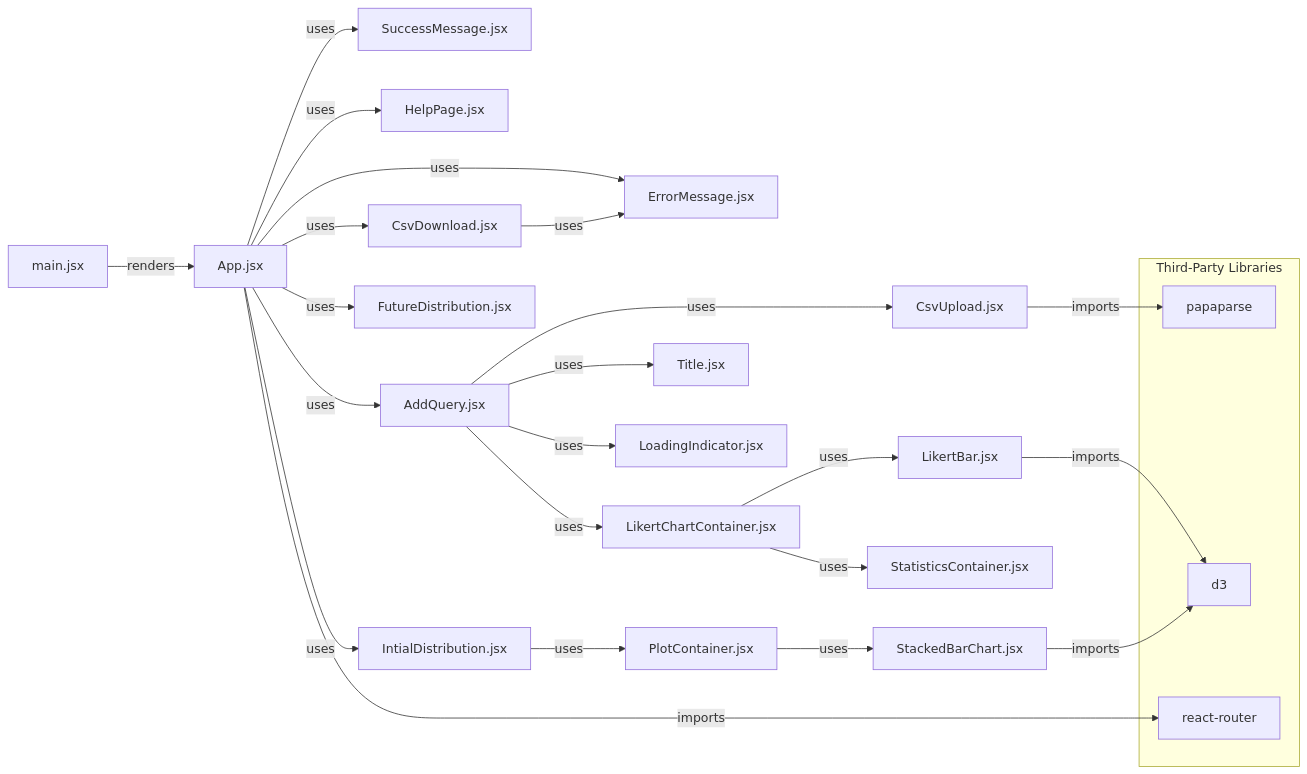
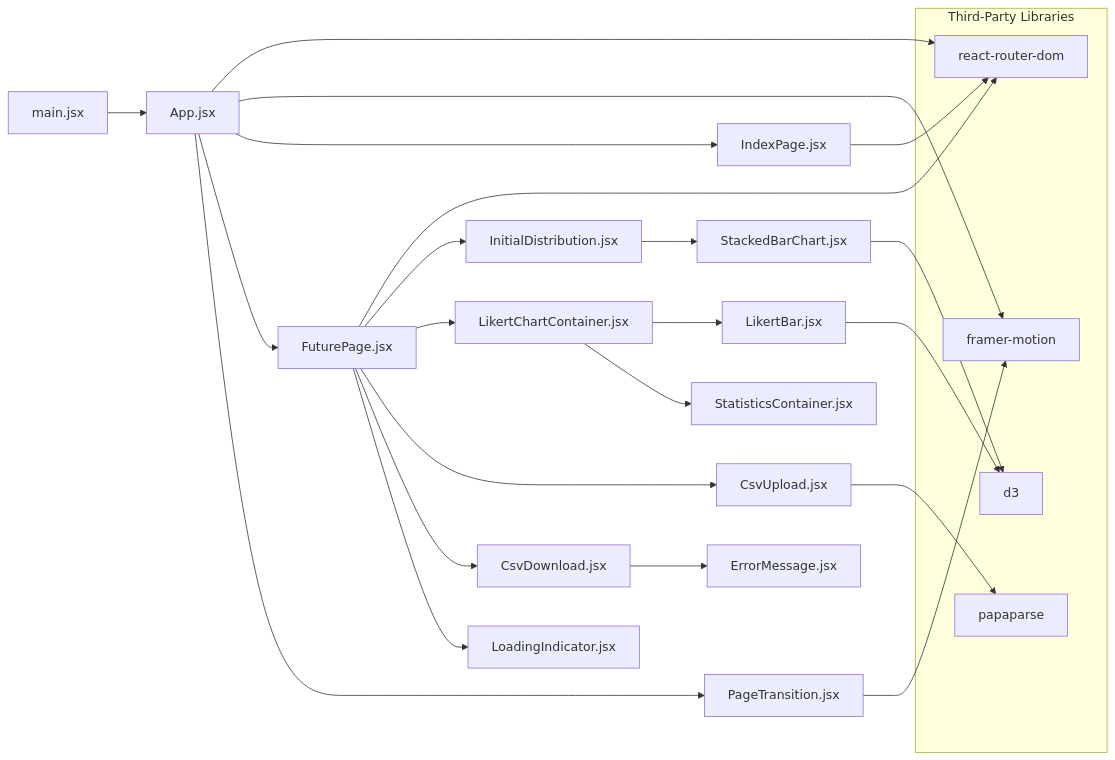
Before and after one commit to ohtu-kohtalo/ohjelmistotuotantoprojekti: the first of 3 diagrams in docs/ARCHITECTURE.md, drawn with Mermaid. The commit also changed other lines of this file, not shown here.

````diff
--- a/docs/ARCHITECTURE.md
+++ b/docs/ARCHITECTURE.md
@@ -10,38 +10,43 @@
 ```mermaid
 graph LR
-    App[App.jsx] -->|uses| ErrorMessage[ErrorMessage.jsx]
-    App -->|uses| SuccessMessage[SuccessMessage.jsx]
-    App -->|uses| HelpPage[HelpPage.jsx]
-    App -->|uses| InitialDistribution[IntialDistribution.jsx]
-    App -->|uses| AddQuery[AddQuery.jsx]
-    App -->|uses| FutureDistribution[FutureDistribution.jsx]
-    App -->|uses| CsvDownload[CsvDownload.jsx]
+    subgraph Third-Party Libraries
+        react-router-dom
+        framer-motion
+        d3
+        papaparse
+    end
+    
+    main[main.jsx] --> App[App.jsx]
 
-    InitialDistribution -->|uses| PlotContainer[PlotContainer.jsx]
+    App --> react-router-dom
+    App --> framer-motion
 
-    AddQuery -->|uses| Title[Title.jsx]
-    AddQuery -->|uses| CsvUpload[CsvUpload.jsx]
-    AddQuery -->|uses| LoadingIndicator[LoadingIndicator.jsx]
-    AddQuery -->|uses| LikertChartContainer[LikertChartContainer.jsx]
+    App --> IndexPage[IndexPage.jsx]
+    App --> FuturePage[FuturePage.jsx]
+    App --> PageTransition[PageTransition.jsx]
 
-    CsvDownload -->|uses| ErrorMessage
+    IndexPage --> react-router-dom
 
-    LikertChartContainer -->|uses| LikertBar[LikertBar.jsx]
-    LikertChartContainer -->|uses| StatisticsContainer[StatisticsContainer.jsx]
+    FuturePage --> react-router-dom
 
-    PlotContainer -->|uses| StackedBarChart[StackedBarChart.jsx]
+    FuturePage --> InitialDistribution[InitialDistribution.jsx]
+    FuturePage --> LikertChartContainer[LikertChartContainer.jsx]
+    FuturePage --> CsvUpload[CsvUpload.jsx]
+    FuturePage --> CsvDownload[CsvDownload.jsx]
+    FuturePage --> LoadingIndicator[LoadingIndicator.jsx]
 
-    main[main.jsx] -->|renders| App
+    PageTransition --> framer-motion
 
-    subgraph Third-Party Libraries
-        papaparse
-        d3
-        react-router
-    end
+    InitialDistribution --> StackedBarChart[StackedBarChart.jsx]
 
-    CsvUpload -->|imports| papaparse
-    LikertBar -->|imports| d3
-    StackedBarChart -->|imports| d3
-    App -->|imports| react-router
+    StackedBarChart --> d3
 
+    LikertChartContainer --> LikertBar[LikertBar.jsx]
+    LikertChartContainer --> StatisticsContainer[StatisticsContainer.jsx]
+
+    LikertBar --> d3
+
+    CsvUpload --> papaparse
+
+    CsvDownload --> ErrorMessage[ErrorMessage.jsx]
 ```
````
